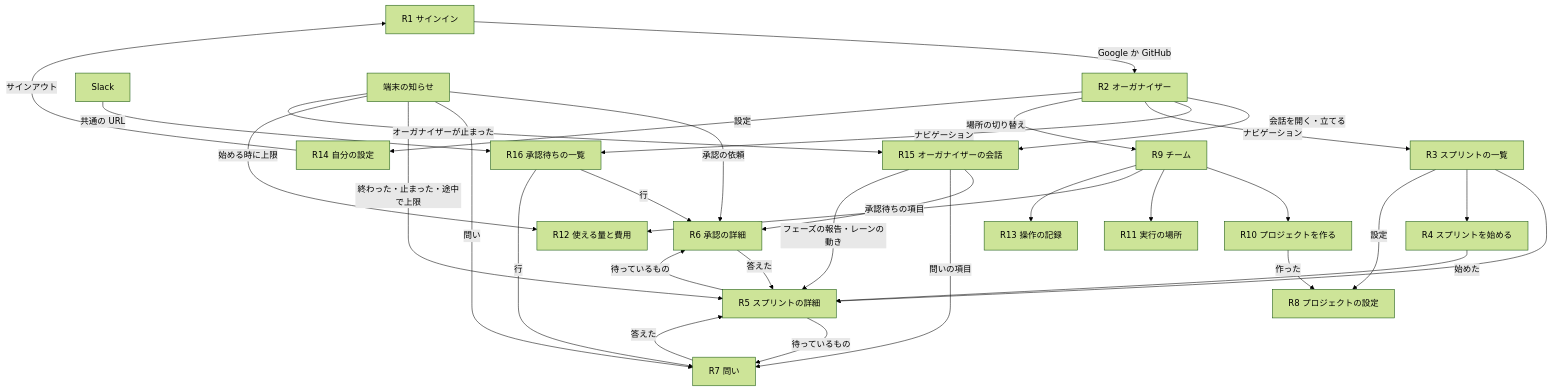
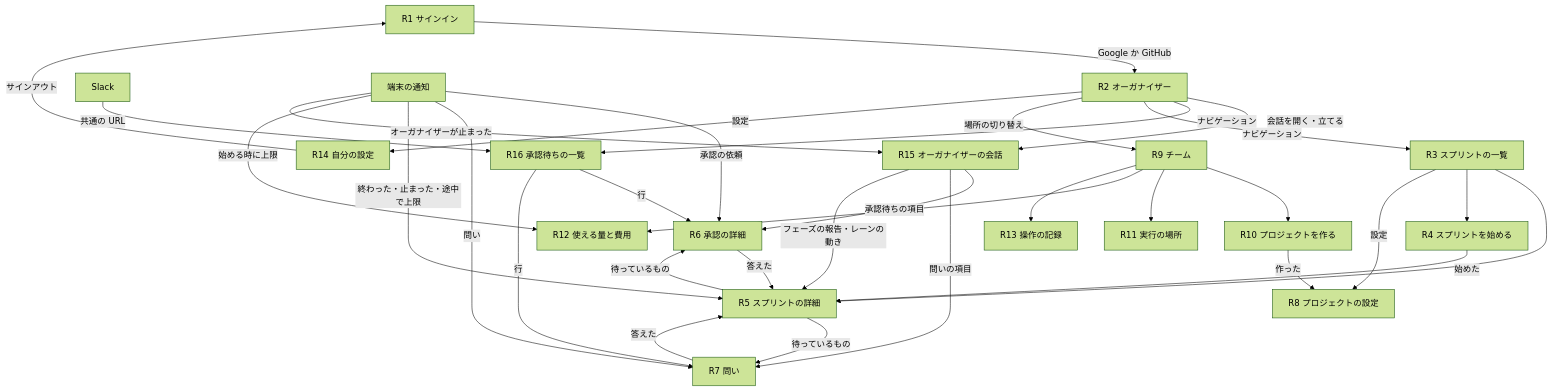
The first of 2 diagrams in docs/design/screens.md (devbasex/nd-factory), drawn with Mermaid (forest theme) before and after one commit. The commit also changed other lines of this file and 22 other files, not shown here.

````diff
--- a/docs/design/screens.md
+++ b/docs/design/screens.md
@@ -83,34 +83,34 @@
 ```mermaid
 graph TD
     SI[R1 サインイン] -->|Google か GitHub| H[R2 オーガナイザー]
     H -->|会話を開く・立てる| C[R15 オーガナイザーの会話]
     C -->|承認待ちの項目| A[R6 承認の詳細]
     C -->|問いの項目| Q[R7 問い]
     C -->|フェーズの報告・レーンの動き| S[R5 スプリントの詳細]
     SL[Slack] -->|共通の URL| W
-    PU[端末の知らせ] -->|承認の依頼| A
+    PU[端末の通知] -->|承認の依頼| A
     PU -->|問い| Q
     PU -->|終わった・止まった・途中で上限| S
     PU -->|始める時に上限| U
     PU -->|オーガナイザーが止まった| C
     W[R16 承認待ちの一覧] -->|行| A
     W -->|行| Q
     H -->|ナビゲーション| W
     H -->|ナビゲーション| L[R3 スプリントの一覧]
     L --> S
     L --> ST[R4 スプリントを始める]
     ST -->|始めた| S
     S -->|待っているもの| A
     S -->|待っているもの| Q
     A -->|答えた| S
     Q -->|答えた| S
     L -->|設定| PS[R8 プロジェクトの設定]
     H -->|場所の切り替え| T[R9 チーム]
     T --> NP[R10 プロジェクトを作る]
     NP -->|作った| PS
     T --> EX[R11 実行の場所]
     T --> U[R12 使える量と費用]
     T --> AU[R13 操作の記録]
     H -->|設定| ME[R14 自分の設定]
     ME -->|サインアウト| SI
 ```
````
